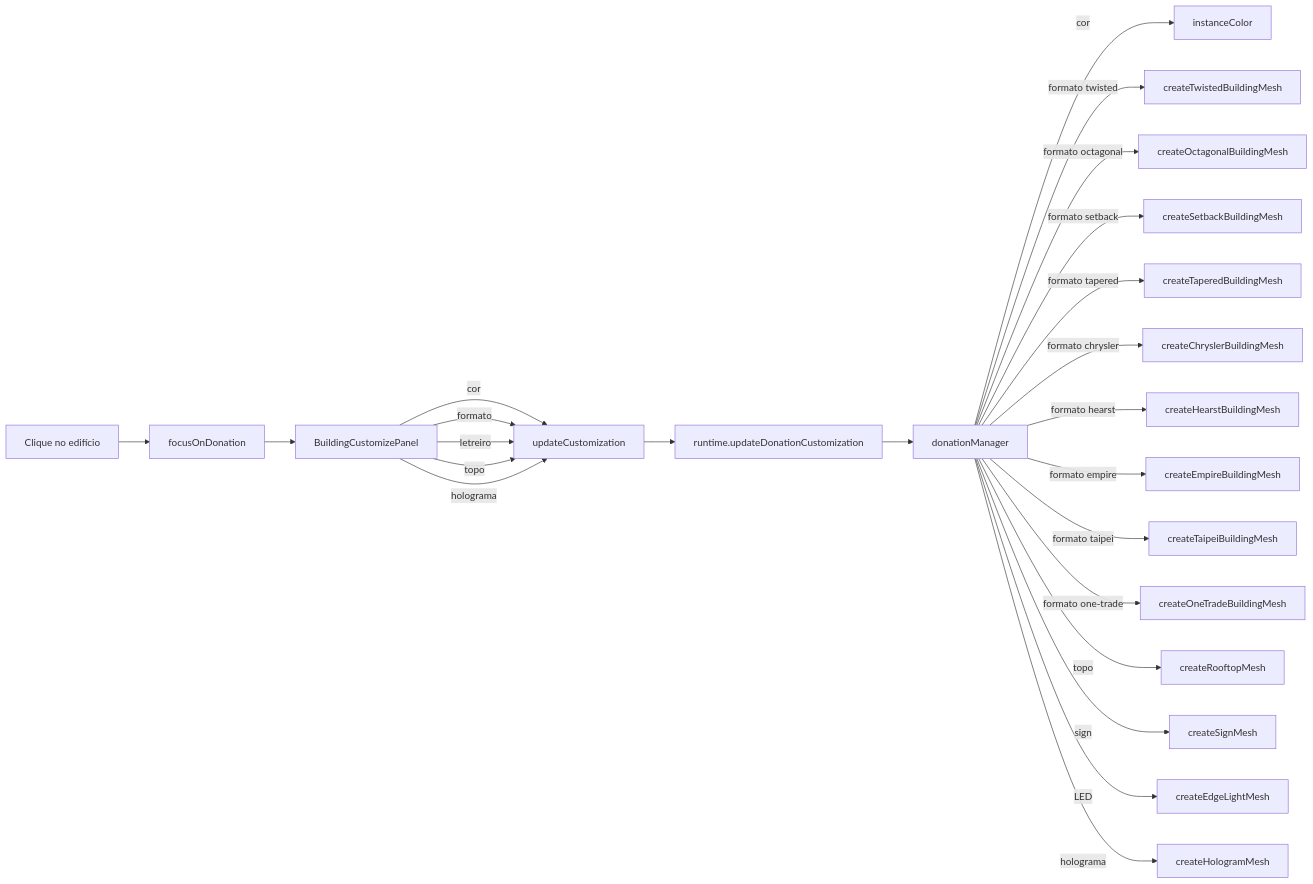
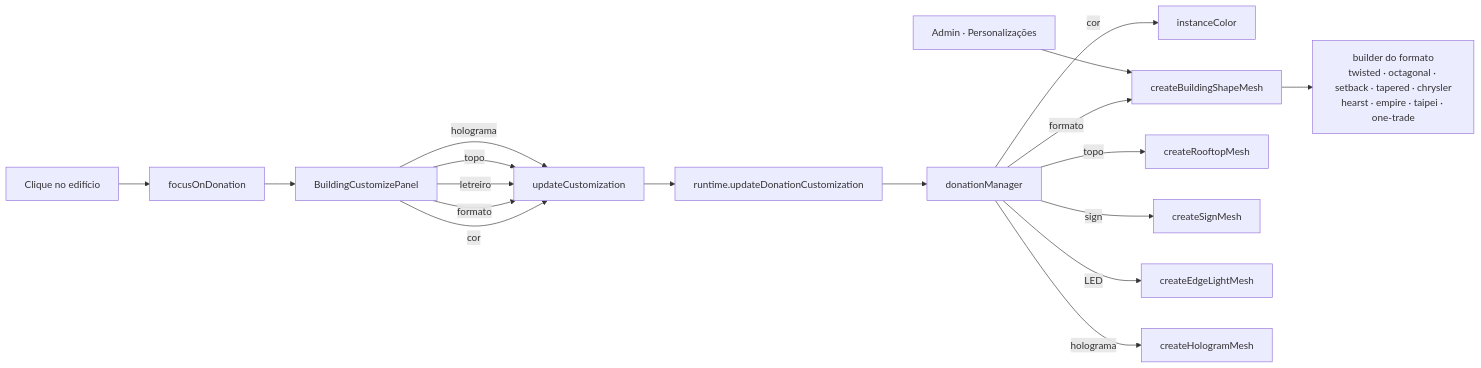
The second of 2 diagrams in doc/index.md (RaeII/cidoa), drawn with Mermaid before and after one commit. The commit also changed other lines of this file and 10 other files, not shown here.

````diff
--- a/doc/index.md
+++ b/doc/index.md
@@ -277,26 +281,20 @@
 ```mermaid
 flowchart LR
     Click[Clique no edifício] --> Focus[focusOnDonation]
     Focus --> Panel[BuildingCustomizePanel]
     Panel --> |cor| UC[updateCustomization]
     Panel --> |formato| UC
     Panel --> |letreiro| UC
     Panel --> |topo| UC
     Panel --> |holograma| UC
     UC --> Runtime[runtime.updateDonationCustomization]
     Runtime --> DM[donationManager]
     DM --> |cor| IC[instanceColor]
-    DM --> |formato twisted| TW[createTwistedBuildingMesh]
-    DM --> |formato octagonal| OC[createOctagonalBuildingMesh]
-    DM --> |formato setback| SB[createSetbackBuildingMesh]
-    DM --> |formato tapered| TP[createTaperedBuildingMesh]
-    DM --> |formato chrysler| CH[createChryslerBuildingMesh]
-    DM --> |formato hearst| HT[createHearstBuildingMesh]
-    DM --> |formato empire| EM[createEmpireBuildingMesh]
-    DM --> |formato taipei| TP101[createTaipeiBuildingMesh]
-    DM --> |formato one-trade| OT[createOneTradeBuildingMesh]
+    DM --> |formato| BS[createBuildingShapeMesh]
+    BS --> SH["builder do formato<br/>twisted · octagonal · setback · tapered · chrysler<br/>hearst · empire · taipei · one-trade"]
+    Admin[Admin · Personalizações] --> BS
     DM --> |topo| RM[createRooftopMesh]
     DM --> |sign| SM[createSignMesh]
     DM --> |LED| EL[createEdgeLightMesh]
     DM --> |holograma| HM[createHologramMesh]
 ```
````
